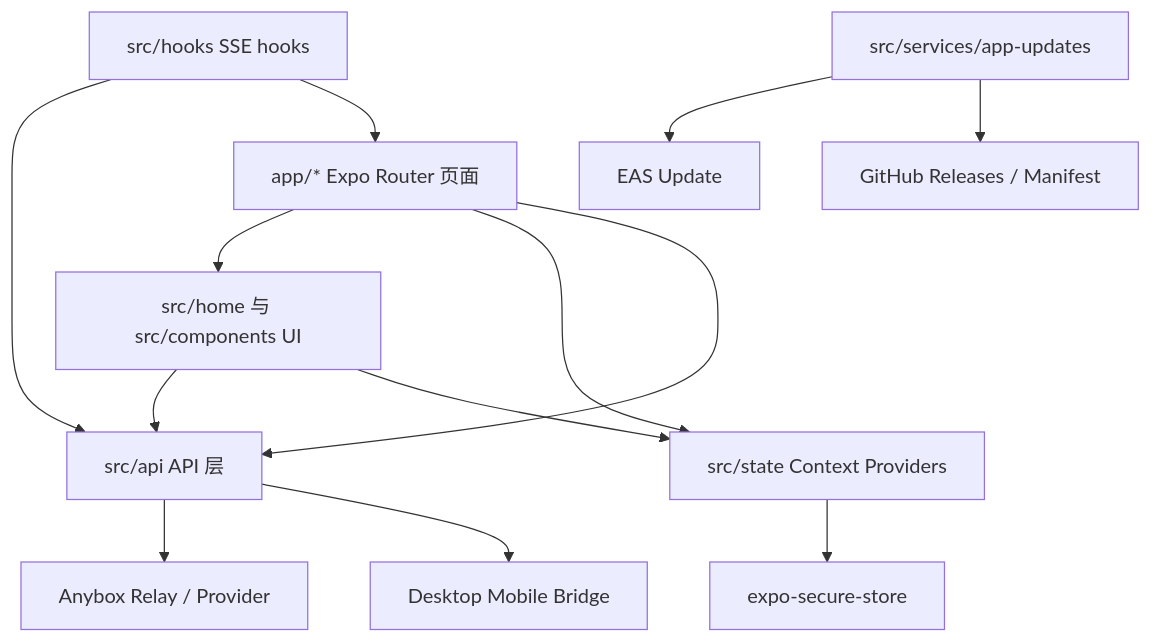
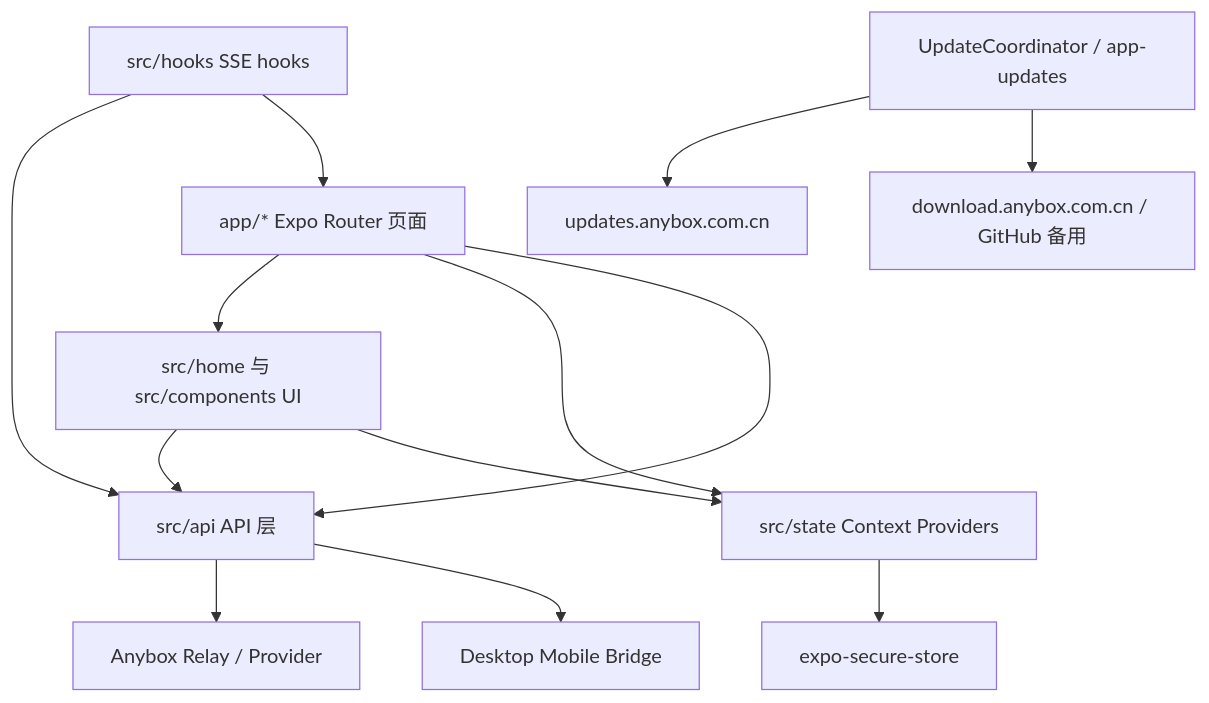
Before and after one commit to fanfan-de/anybox: the first of 2 diagrams in packages/mobile-app/ARCHITECTURE.md, drawn with Mermaid. The commit also changed other lines of this file and 100 other files, not shown here.

Commit message:
Refactor mobile app architecture and UI

````diff
--- a/packages/mobile-app/ARCHITECTURE.md
+++ b/packages/mobile-app/ARCHITECTURE.md
@@ -34,15 +34,15 @@
 ```mermaid
 flowchart TD
   App["app/* Expo Router 页面"] --> UI["src/home 与 src/components UI"]
   App --> State["src/state Context Providers"]
   App --> Api["src/api API 层"]
   UI --> Api
   UI --> State
   State --> SecureStore["expo-secure-store"]
   Api --> Relay["Anybox Relay / Provider"]
   Api --> Bridge["Desktop Mobile Bridge"]
   Hooks["src/hooks SSE hooks"] --> Api
   Hooks --> App
-  Updates["src/services/app-updates"] --> EAS["EAS Update"]
-  Updates --> Releases["GitHub Releases / Manifest"]
+  Updates["UpdateCoordinator / app-updates"] --> UpdateServer["updates.anybox.com.cn"]
+  Updates --> CDN["download.anybox.com.cn / GitHub 备用"]
 ```
````
